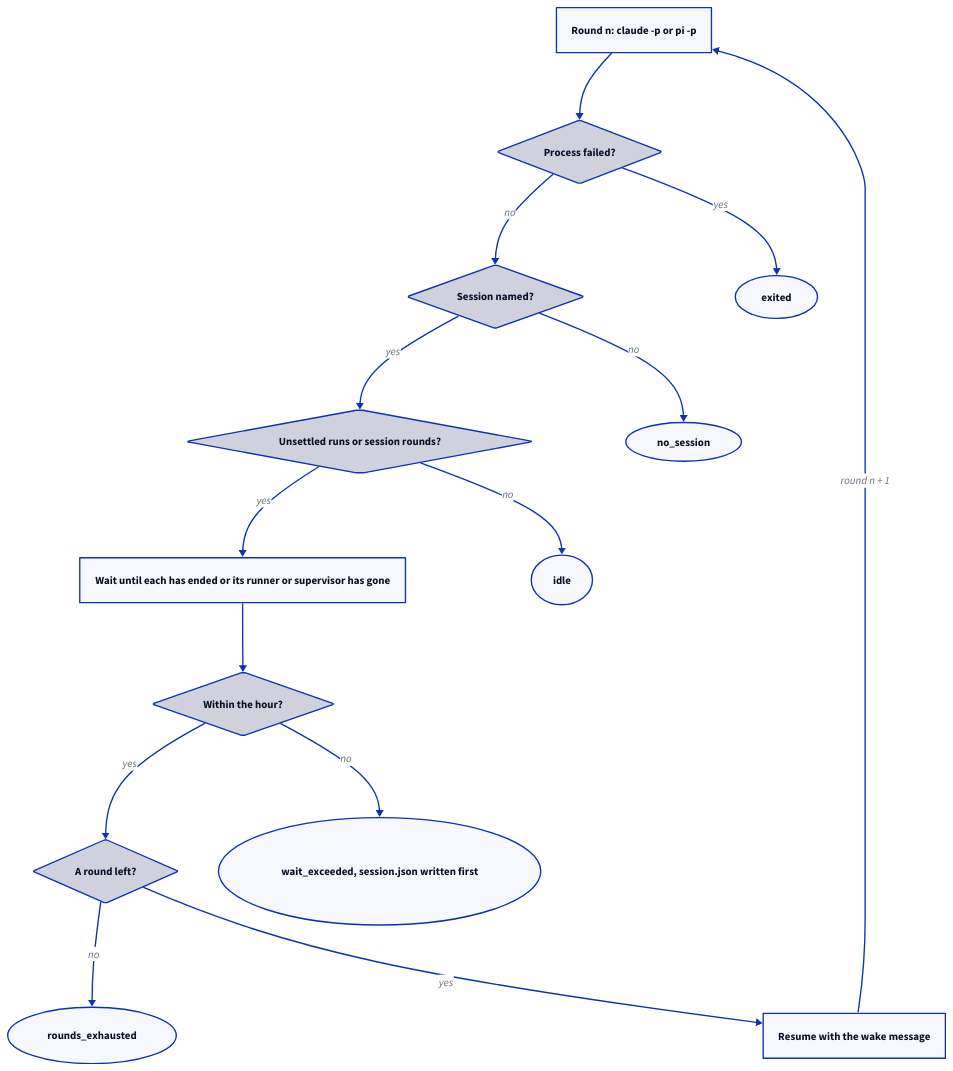
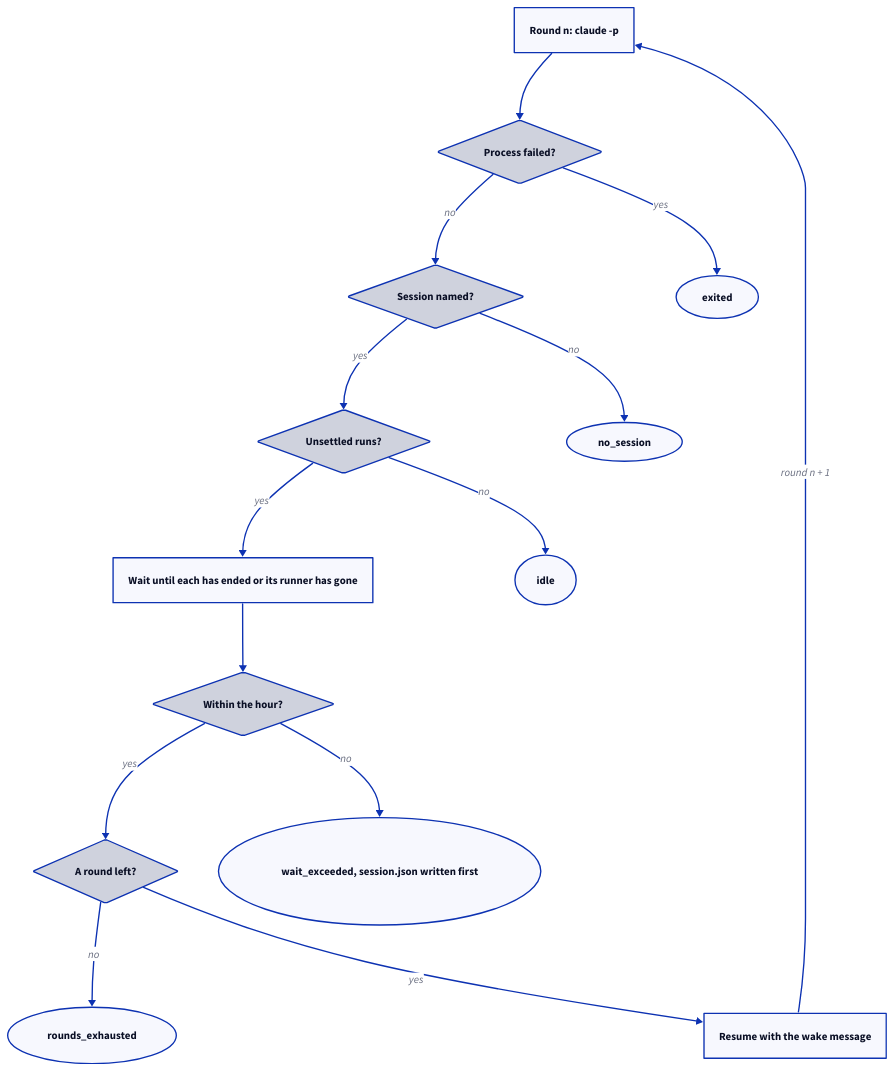
The diagram in specs/concorde/e2e/sessions/module.md (FTOD/concorde), drawn with D2 before and after one commit. The commit also changed other lines of this file and 92 other files, not shown here.

First line of the commit message:
Drop pi from the main-session side: main agent and task sessions run on Claude Code only

````diff
--- a/specs/concorde/e2e/sessions/module.md
+++ b/specs/concorde/e2e/sessions/module.md
@@ -147,29 +117,29 @@
 ```d2 illustrative
 direction: down
-round: "Round n: claude -p or pi -p"
+round: "Round n: claude -p"
 failed: "Process failed?" {shape: diamond}
 named: "Session named?" {shape: diamond}
-unsettled: "Unsettled runs or session rounds?" {shape: diamond}
-wait: "Wait until each has ended or its runner or supervisor has gone"
+unsettled: "Unsettled runs?" {shape: diamond}
+wait: "Wait until each has ended or its runner has gone"
 within: "Within the hour?" {shape: diamond}
 remaining: "A round left?" {shape: diamond}
 wake: "Resume with the wake message"
 exited: "exited" {shape: oval}
 no_session: "no_session" {shape: oval}
 idle: "idle" {shape: oval}
 exceeded: "wait_exceeded, session.json written first" {shape: oval}
 exhausted: "rounds_exhausted" {shape: oval}
 round -> failed
 failed -> exited: yes
 failed -> named: no
 named -> no_session: no
 named -> unsettled: yes
 unsettled -> idle: no
 unsettled -> wait: yes
 wait -> within
 within -> exceeded: no
 within -> remaining: yes
 remaining -> exhausted: no
 remaining -> wake: yes
 wake -> round: "round n + 1"
 ```
````
